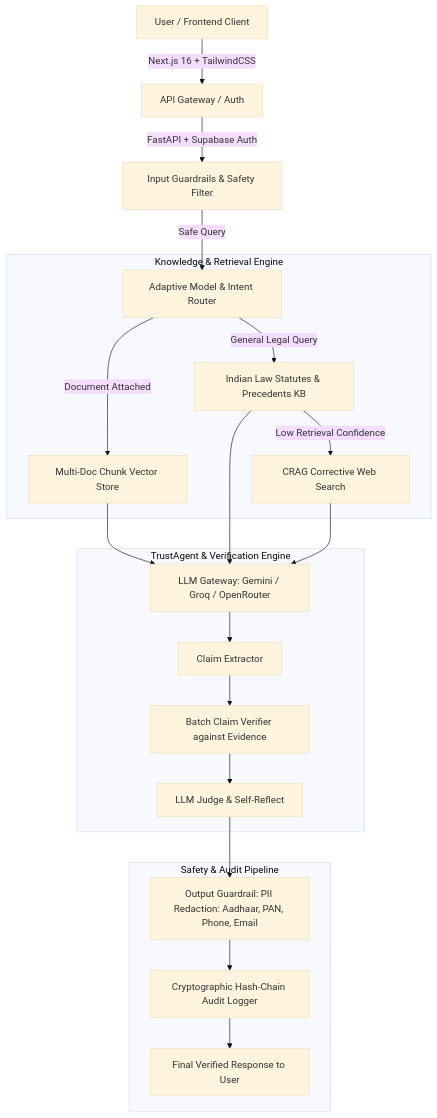
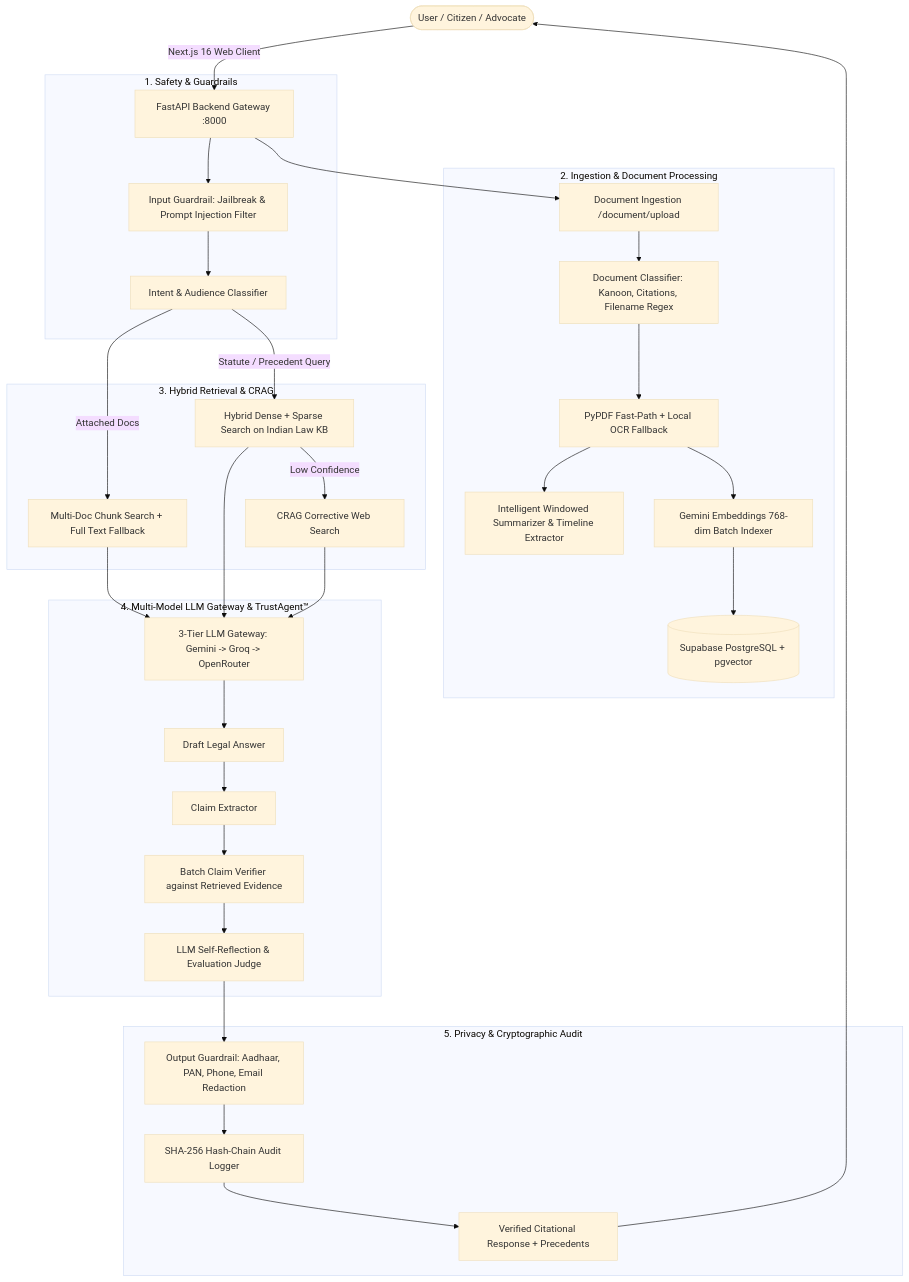
One commit to tanisha-64/NyayaPramaan changed the diagram in README.md. Above: the diagram before and after it, drawn with Mermaid (base theme). The commit also changed other lines of this file, not shown here.

Commit message:
Update README.md with complete architecture and setup guide

````diff
--- a/README.md
+++ b/README.md
@@ -22,27 +23,42 @@
 ```mermaid
 graph TD
-    A[User / Frontend Client] -->|Next.js 16 + TailwindCSS| B[API Gateway / Auth]
-    B -->|FastAPI + Supabase Auth| C[Input Guardrails & Safety Filter]
-    C -->|Safe Query| D[Adaptive Model & Intent Router]
+    User([User / Citizen / Advocate]) -->|Next.js 16 Web Client| Gateway[FastAPI Backend Gateway :8000]
     
-    subgraph "Knowledge & Retrieval Engine"
-        D -->|Document Attached| E[Multi-Doc Chunk Vector Store]
-        D -->|General Legal Query| F[Indian Law Statutes & Precedents KB]
-        F -->|Low Retrieval Confidence| G[CRAG Corrective Web Search]
+    subgraph "1. Safety & Guardrails"
+        Gateway --> InGuard[Input Guardrail: Jailbreak & Prompt Injection Filter]
+        InGuard --> IntentClass[Intent & Audience Classifier]
     end
 
-    subgraph "TrustAgent & Verification Engine"
-        E --> H[LLM Gateway: Gemini / Groq / OpenRouter]
-        F --> H
-        G --> H
-        H --> I[Claim Extractor]
-        I --> J[Batch Claim Verifier against Evidence]
-        J --> K[LLM Judge & Self-Reflect]
+    subgraph "2. Ingestion & Document Processing"
+        Gateway --> DocIngest[Document Ingestion /document/upload]
+        DocIngest --> DocClass[Document Classifier: Kanoon, Citations, Filename Regex]
+        DocClass --> Chunker[PyPDF Fast-Path + Local OCR Fallback]
+        Chunker --> Summarizer[Intelligent Windowed Summarizer & Timeline Extractor]
+        Chunker --> Embedder[Gemini Embeddings 768-dim Batch Indexer]
+        Embedder --> VectorDB[(Supabase PostgreSQL + pgvector)]
     end
 
-    subgraph "Safety & Audit Pipeline"
-        K --> L[Output Guardrail: PII Redaction: Aadhaar, PAN, Phone, Email]
-        L --> M[Cryptographic Hash-Chain Audit Logger]
-        M --> N[Final Verified Response to User]
+    subgraph "3. Hybrid Retrieval & CRAG"
+        IntentClass -->|Attached Docs| DocRAG[Multi-Doc Chunk Search + Full Text Fallback]
+        IntentClass -->|Statute / Precedent Query| KbRAG[Hybrid Dense + Sparse Search on Indian Law KB]
+        KbRAG -->|Low Confidence| CRAG[CRAG Corrective Web Search]
     end
+
+    subgraph "4. Multi-Model LLM Gateway & TrustAgent™"
+        DocRAG --> LLMGateway[3-Tier LLM Gateway: Gemini -> Groq -> OpenRouter]
+        KbRAG --> LLMGateway
+        CRAG --> LLMGateway
+        LLMGateway --> DraftAnswer[Draft Legal Answer]
+        DraftAnswer --> ClaimExt[Claim Extractor]
+        ClaimExt --> Verifier[Batch Claim Verifier against Retrieved Evidence]
+        Verifier --> Judge[LLM Self-Reflection & Evaluation Judge]
+    end
+
+    subgraph "5. Privacy & Cryptographic Audit"
+        Judge --> OutGuard[Output Guardrail: Aadhaar, PAN, Phone, Email Redaction]
+        OutGuard --> HashChain[SHA-256 Hash-Chain Audit Logger]
+        HashChain --> FinalResponse[Verified Citational Response + Precedents]
+    end
+
+    FinalResponse --> User
 ```
````
